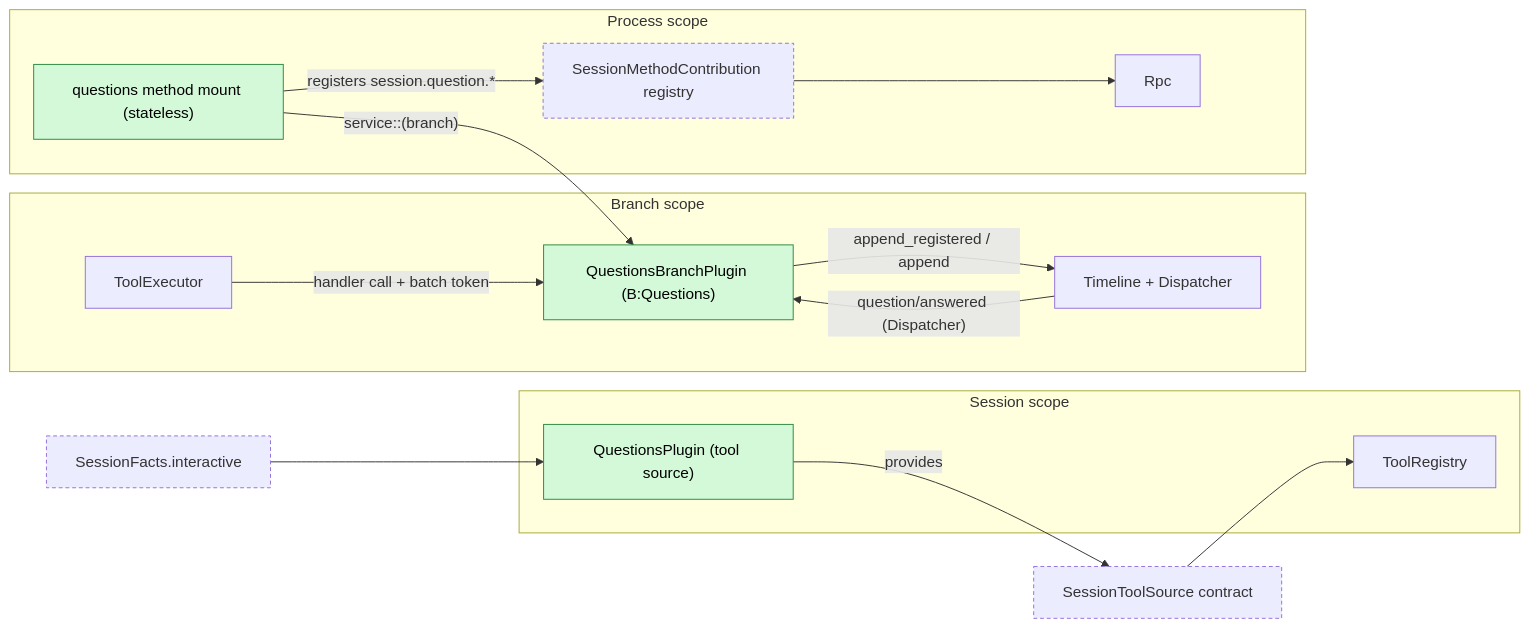
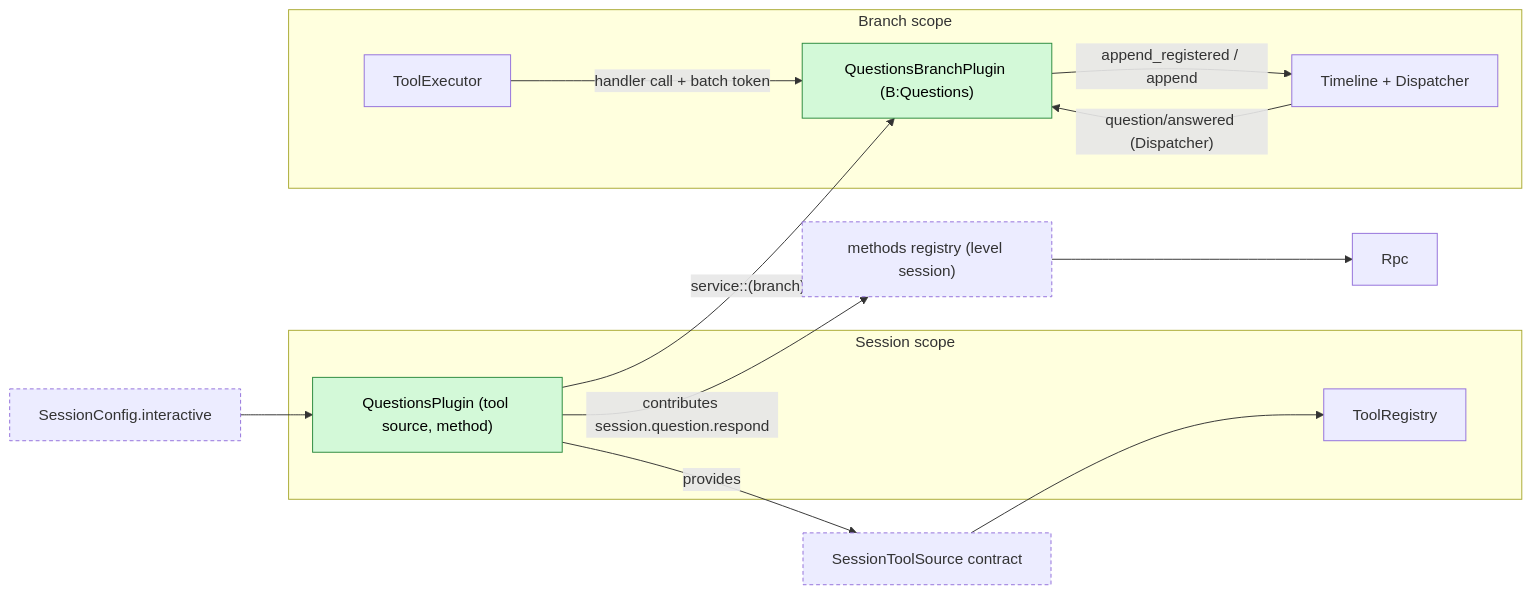
The first of 6 diagrams in docs/design/plugins/Questions.md (CoutinhoTTS/dim-agent), drawn with Mermaid before and after one commit. The commit also changed other lines of this file and 3 other files, not shown here.

````diff
--- a/docs/design/plugins/Questions.md
+++ b/docs/design/plugins/Questions.md
@@ -9,30 +9,27 @@
 ```mermaid
 flowchart LR
   subgraph S["Session scope"]
-    QP["QuestionsPlugin (tool source)"]:::new
+    QP["QuestionsPlugin (tool source, method)"]:::new
     TR["ToolRegistry"]
   end
   subgraph B["Branch scope"]
     QB["QuestionsBranchPlugin (B:Questions)"]:::new
     TE["ToolExecutor"]
     TL["Timeline + Dispatcher"]
   end
-  subgraph P["Process scope"]
-    RPC["Rpc"]
-    SMC["SessionMethodContribution registry"]:::contract
-    QM["questions method mount (stateless)"]:::new
-  end
-  SF["SessionFacts.interactive"]:::contract
+  RPC["Rpc"]
+  MC["methods registry (level session)"]:::contract
+  SC["SessionConfig.interactive"]:::contract
   STS["SessionToolSource contract"]:::contract
-  SF --> QP
+  SC --> QP
   QP -- "provides" --> STS
   STS --> TR
+  QP -- "contributes session.question.respond" --> MC
+  MC --> RPC
+  QP -- "service::<Questions>(branch)" --> QB
   TE -- "handler call + batch token" --> QB
   QB -- "append_registered / append" --> TL
   TL -- "question/answered (Dispatcher)" --> QB
-  QM -- "registers session.question.*" --> SMC
-  SMC --> RPC
-  QM -- "service::<Questions>(branch)" --> QB
   classDef new fill:#d3f9d8,stroke:#2b8a3e,color:#000
   classDef contract stroke-dasharray:4 3
 ```
````
